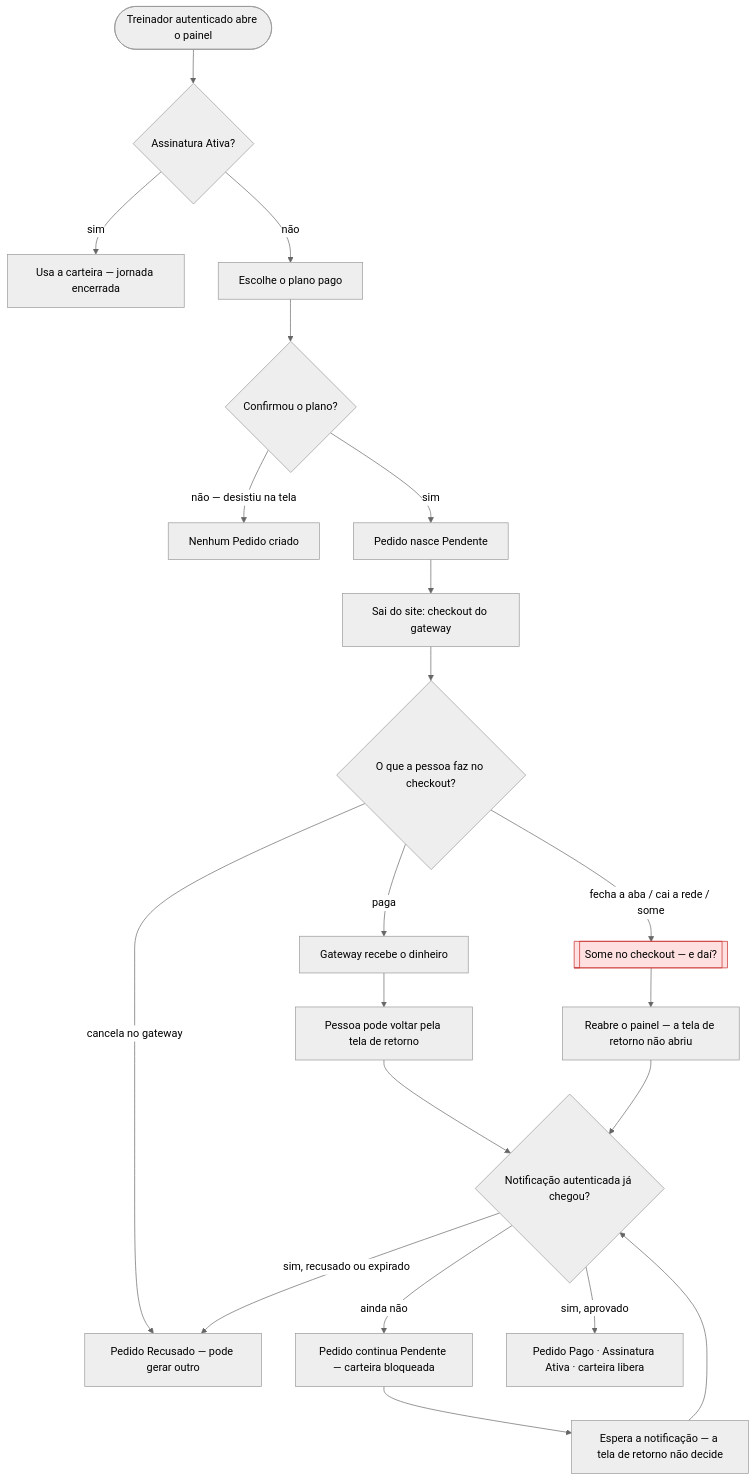
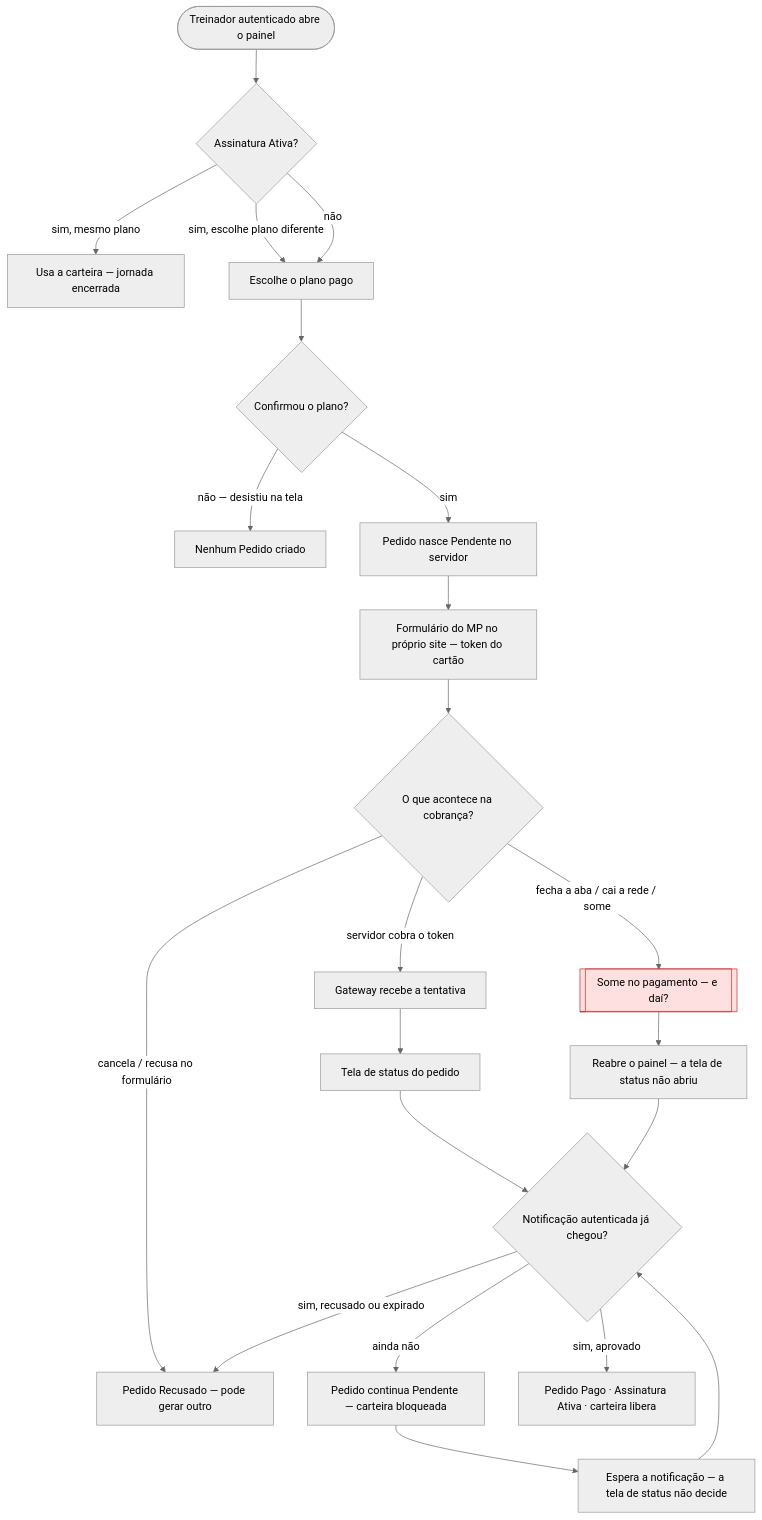
Before and after one commit to AllanCordova/zenith-tracker: the diagram in docs/user-flows.md, drawn with Mermaid (neutral theme). The commit also changed other lines of this file and 9 other files, not shown here.

First line of the commit message:
docs: adotar Checkout Transparente no pagamento

````diff
--- a/docs/user-flows.md
+++ b/docs/user-flows.md
@@ -23,25 +25,26 @@
 ```mermaid
 flowchart TD
     A(["Treinador autenticado abre o painel"]) --> B{"Assinatura Ativa?"}
-    B -->|"sim"| C["Usa a carteira — jornada encerrada"]
-    B -->|"não"| D["Escolhe o plano pago"]
+    B -->|"sim, mesmo plano"| C["Usa a carteira — jornada encerrada"]
+    B -->|"sim, escolhe plano diferente"| D["Escolhe o plano pago"]
+    B -->|"não"| D
     D --> E{"Confirmou o plano?"}
     E -->|"não — desistiu na tela"| F["Nenhum Pedido criado"]
-    E -->|"sim"| G["Pedido nasce Pendente"]
-    G --> H["Sai do site: checkout do gateway"]
-    H --> I{"O que a pessoa faz no checkout?"}
-    I -->|"paga"| J["Gateway recebe o dinheiro"]
-    I -->|"cancela no gateway"| K["Pedido Recusado — pode gerar outro"]
-    I -->|"fecha a aba / cai a rede / some"| X1[["Some no checkout — e daí?"]]
-    J --> L["Pessoa pode voltar pela tela de retorno"]
+    E -->|"sim"| G["Pedido nasce Pendente no servidor"]
+    G --> H["Formulário do MP no próprio site — token do cartão"]
+    H --> I{"O que acontece na cobrança?"}
+    I -->|"servidor cobra o token"| J["Gateway recebe a tentativa"]
+    I -->|"cancela / recusa no formulário"| K["Pedido Recusado — pode gerar outro"]
+    I -->|"fecha a aba / cai a rede / some"| X1[["Some no pagamento — e daí?"]]
+    J --> L["Tela de status do pedido"]
     L --> M{"Notificação autenticada já chegou?"}
-    X1 --> Q["Reabre o painel — a tela de retorno não abriu"]
+    X1 --> Q["Reabre o painel — a tela de status não abriu"]
     Q --> M
     M -->|"ainda não"| N["Pedido continua Pendente — carteira bloqueada"]
-    N --> O["Espera a notificação — a tela de retorno não decide"]
+    N --> O["Espera a notificação — a tela de status não decide"]
     O --> M
     M -->|"sim, aprovado"| P["Pedido Pago · Assinatura Ativa · carteira libera"]
     M -->|"sim, recusado ou expirado"| K
 
     style X1 fill:#ffe0e0,stroke:#c62828
 ```
````
